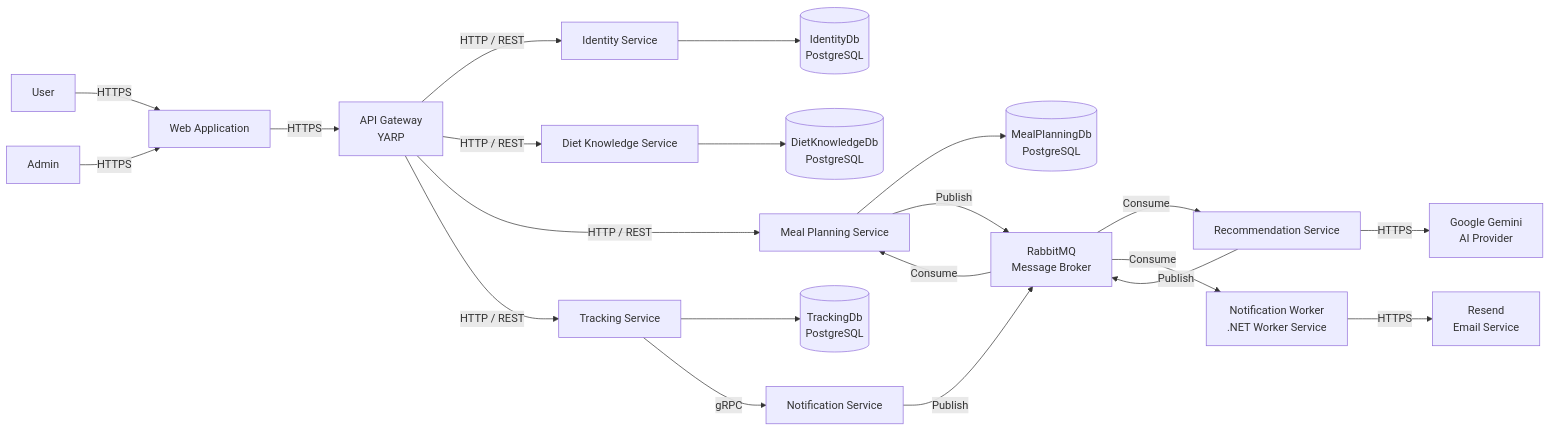
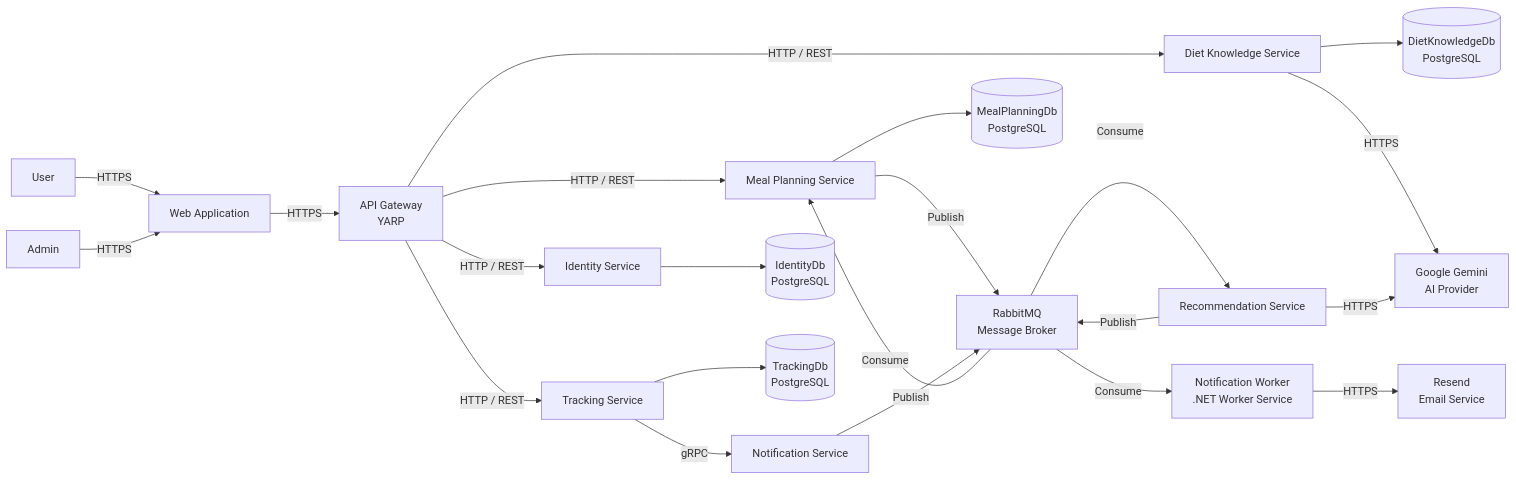
The diagram in docs/c4/C1-Internal-Architecture.md (HAIANH29/PRN232_ASM_PROJECT), drawn with Mermaid before and after one commit. The commit also changed other lines of this file and 52 other files, not shown here.

````diff
--- a/docs/c4/C1-Internal-Architecture.md
+++ b/docs/c4/C1-Internal-Architecture.md
@@ -3,48 +3,49 @@
 ```mermaid
 flowchart LR
     User[User]
     Admin[Admin]
     Web[Web Application]
     Gateway[API Gateway\nYARP]
 
     Identity[Identity Service]
     Diet[Diet Knowledge Service]
     Meal[Meal Planning Service]
     Tracking[Tracking Service]
     Recommendation[Recommendation Service]
     Notification[Notification Service]
     Worker[Notification Worker\n.NET Worker Service]
     Rabbit[RabbitMQ\nMessage Broker]
 
     IdentityDb[(IdentityDb\nPostgreSQL)]
     DietDb[(DietKnowledgeDb\nPostgreSQL)]
     MealDb[(MealPlanningDb\nPostgreSQL)]
     TrackingDb[(TrackingDb\nPostgreSQL)]
     Gemini[Google Gemini\nAI Provider]
     Resend[Resend\nEmail Service]
 
     User -->|HTTPS| Web
     Admin -->|HTTPS| Web
     Web -->|HTTPS| Gateway
 
     Gateway -->|HTTP / REST| Identity
     Gateway -->|HTTP / REST| Diet
     Gateway -->|HTTP / REST| Meal
     Gateway -->|HTTP / REST| Tracking
 
     Identity --> IdentityDb
     Diet --> DietDb
+    Diet -->|HTTPS| Gemini
     Meal --> MealDb
     Tracking --> TrackingDb
 
     Meal -->|Publish| Rabbit
     Rabbit -->|Consume| Recommendation
     Recommendation -->|HTTPS| Gemini
     Recommendation -->|Publish| Rabbit
     Rabbit -->|Consume| Meal
 
     Tracking -->|gRPC| Notification
     Notification -->|Publish| Rabbit
     Rabbit -->|Consume| Worker
     Worker -->|HTTPS| Resend
 ```
````
